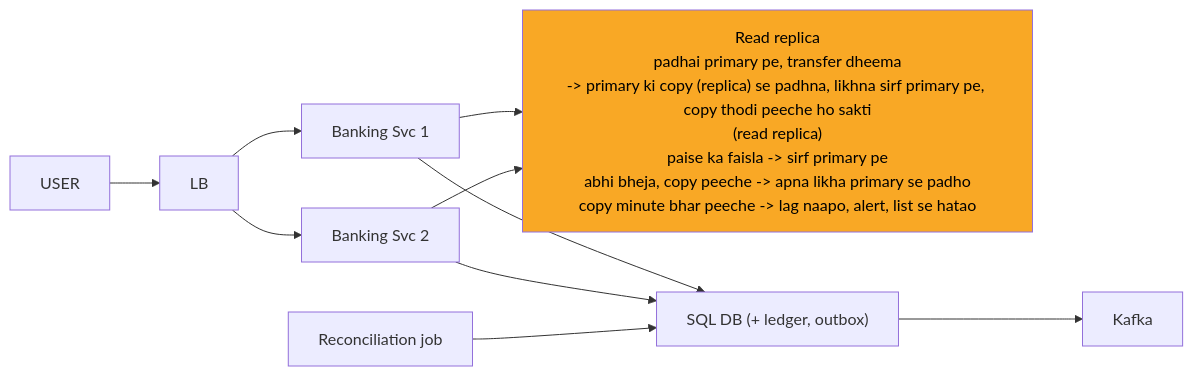
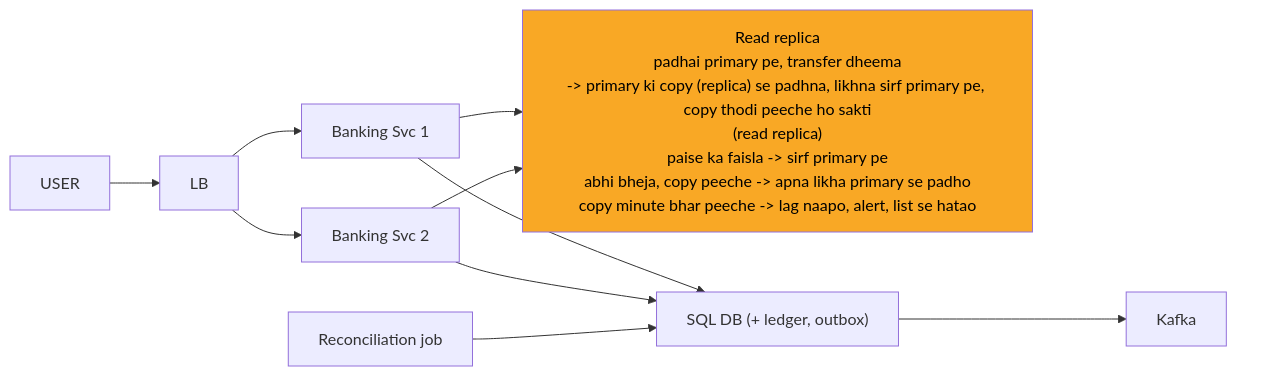
The ninth of 13 diagrams in 04_HLD/SYSTEM_DESIGNS/13_banking_system/13_banking_system.md (ArpanMaheshwari144/Prep), drawn with Mermaid before and after one commit. The commit also changed other lines of this file and 13 other files, not shown here.

Commit message:
hld 14 file: har diagram ke daayein andekha dabba, zoom button asli dabbe pe na aaye

````diff
--- a/04_HLD/SYSTEM_DESIGNS/13_banking_system/13_banking_system.md
+++ b/04_HLD/SYSTEM_DESIGNS/13_banking_system/13_banking_system.md
@@ -299,22 +320,25 @@
 ```mermaid
 %%{init: {"flowchart": {"wrappingWidth": 450}}}%%
 flowchart LR
     n_USER["USER"]
     n_LB["LB"]
     n_S1["Banking Svc 1"]
     n_S2["Banking Svc 2"]
     n_RR["Read replica<br/>padhai primary pe, transfer dheema<br/>-> primary ki copy (replica) se padhna, likhna sirf primary pe, copy thodi peeche ho sakti<br/>(read replica)<br/>paise ka faisla -> sirf primary pe<br/>abhi bheja, copy peeche -> apna likha primary se padho<br/>copy minute bhar peeche -> lag naapo, alert, list se hatao"]
     n_DB["SQL DB (+ ledger, outbox)"]
     n_K["Kafka"]
     n_REC["Reconciliation job"]
     n_USER --> n_LB
     n_LB --> n_S1
     n_LB --> n_S2
     n_S1 --> n_RR
     n_S2 --> n_RR
     n_S1 --> n_DB
     n_S2 --> n_DB
     n_DB --> n_K
     n_REC --> n_DB
+    n_pad["xxxxxxxxxxxxxxxx"]
+    n_RR ~~~ n_pad
     style n_RR fill:#f9a825,color:#000
+    style n_pad fill:none,stroke:none,color:#ffffff00
 ```
````
